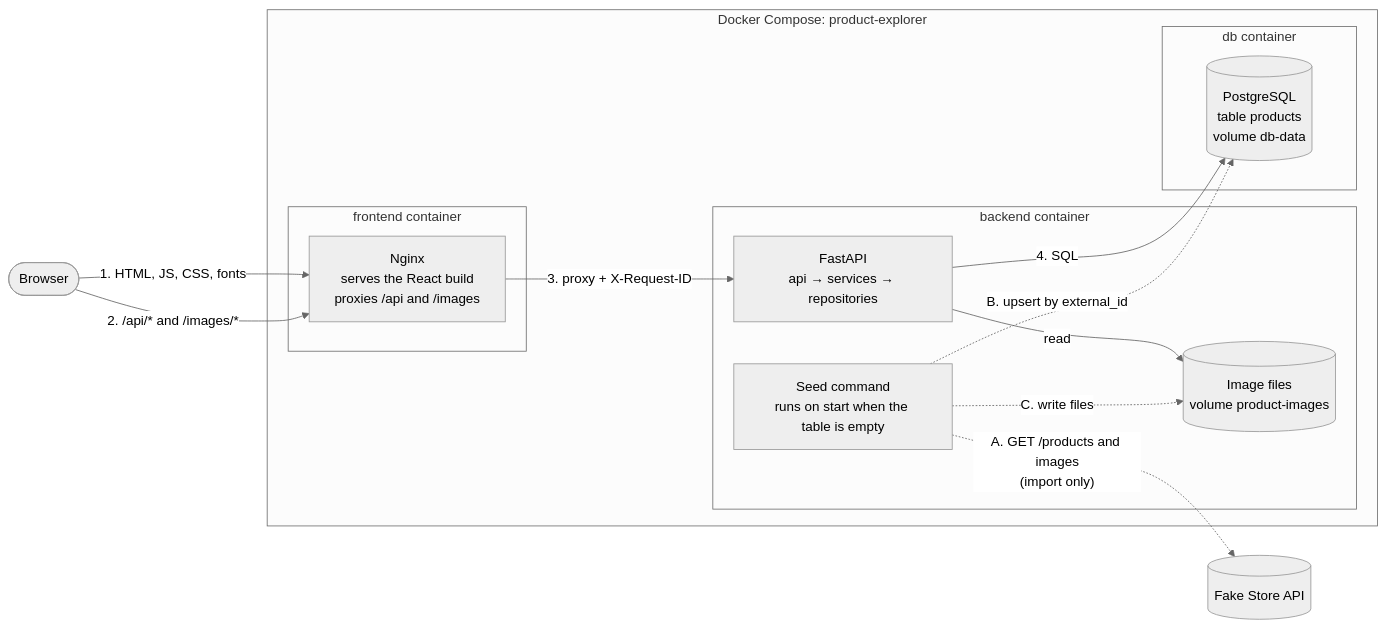
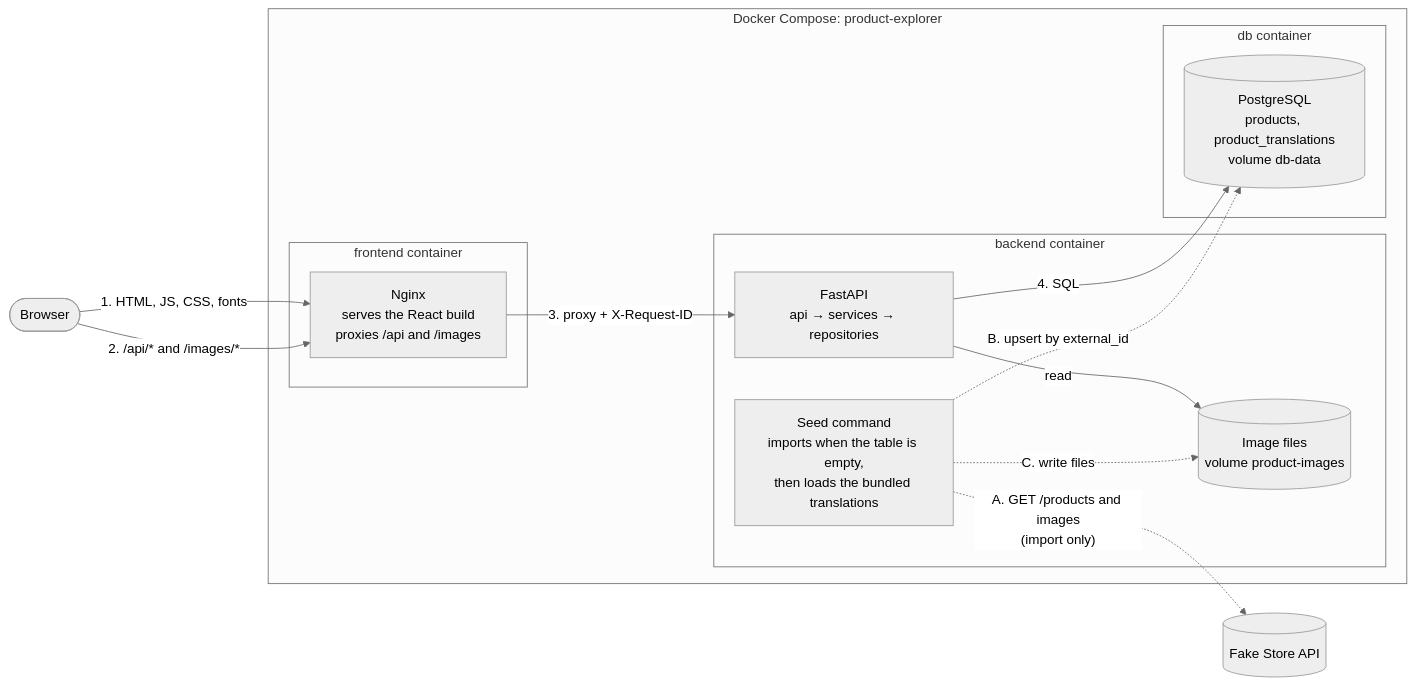
One commit to mtombolini/product-explorer changed the first of 3 diagrams in docs/architecture.md. Above: the diagram before and after it, drawn with Mermaid (neutral theme). The commit also changed other lines of this file and 6 other files, not shown here.

````diff
--- a/docs/architecture.md
+++ b/docs/architecture.md
@@ -5,29 +5,29 @@
 ```mermaid
 flowchart LR
     browser([Browser])
     fakestore[(Fake Store API)]
 
     subgraph compose["Docker Compose: product-explorer"]
         subgraph frontend["frontend container"]
             nginx["Nginx<br/>serves the React build<br/>proxies /api and /images"]
         end
         subgraph backend["backend container"]
-            seed["Seed command<br/>runs on start when the table is empty"]
+            seed["Seed command<br/>imports when the table is empty,<br/>then loads the bundled translations"]
             api["FastAPI<br/>api → services → repositories"]
             images[("Image files<br/>volume product-images")]
         end
         subgraph db["db container"]
-            postgres[("PostgreSQL<br/>table products<br/>volume db-data")]
+            postgres[("PostgreSQL<br/>products, product_translations<br/>volume db-data")]
         end
     end
 
     browser -- "1. HTML, JS, CSS, fonts" --> nginx
     browser -- "2. /api/* and /images/*" --> nginx
     nginx -- "3. proxy + X-Request-ID" --> api
     api -- "4. SQL" --> postgres
     api -- "read" --> images
 
     seed -. "A. GET /products and images<br/>(import only)" .-> fakestore
     seed -. "B. upsert by external_id" .-> postgres
     seed -. "C. write files" .-> images
 ```
````
